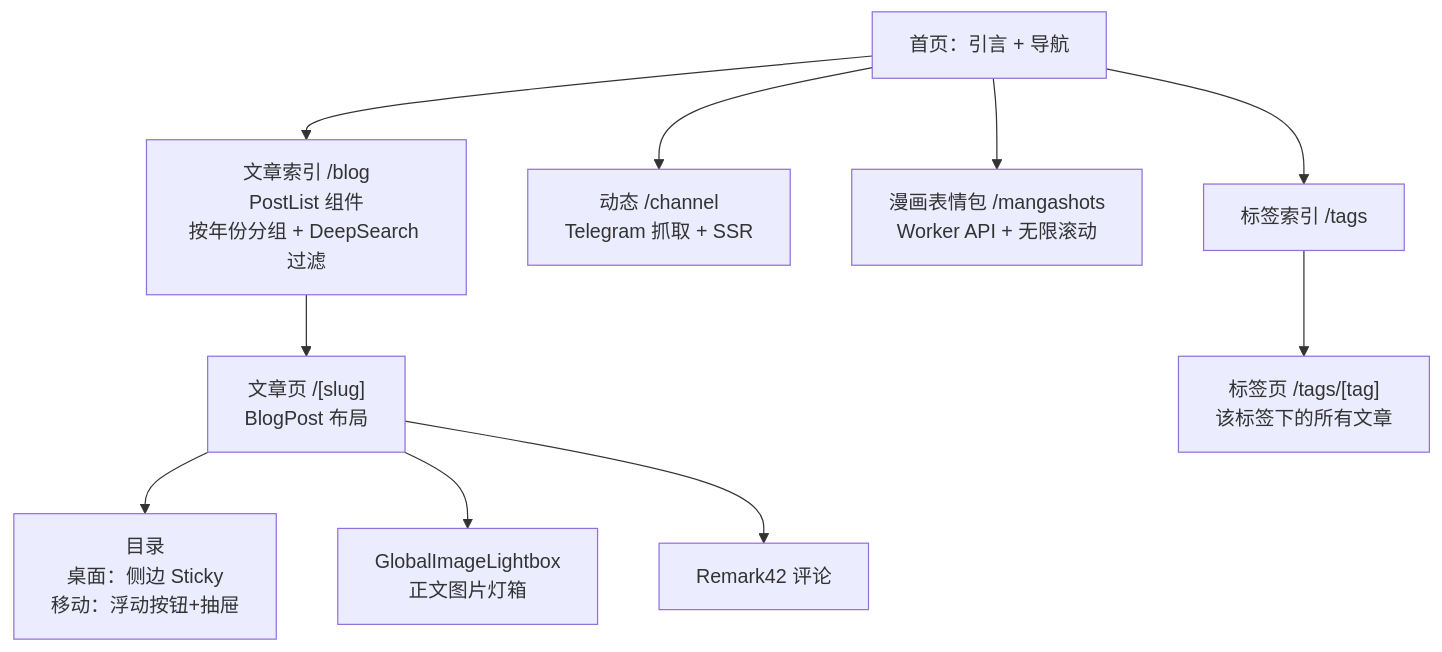
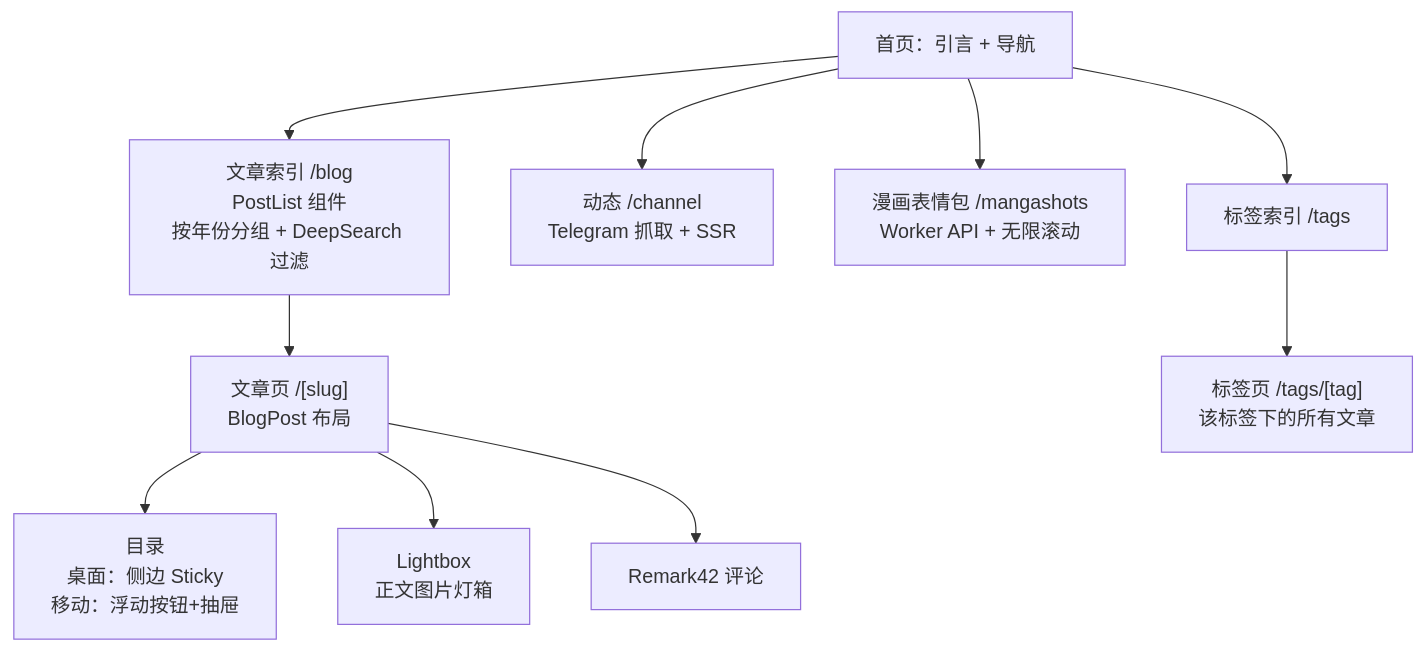
One commit to niracler/bokushi changed the diagram in src/content/blog/design-primitives.md. Above: the diagram before and after it, drawn with Mermaid. The commit also changed other lines of this file and 7 other files, not shown here.

````diff
--- a/src/content/blog/design-primitives.md
+++ b/src/content/blog/design-primitives.md
@@ -223,13 +222,13 @@
 ```mermaid
 flowchart TD
     Home["首页：引言 + 导航"] --> BlogList["文章索引 /blog<br/>PostList 组件<br/>按年份分组 + DeepSearch 过滤"]
     BlogList --> Post["文章页 /[slug]<br/>BlogPost 布局"]
     Post --> TOC["目录<br/>桌面：侧边 Sticky<br/>移动：浮动按钮+抽屉"]
-    Post --> Lightbox["GlobalImageLightbox<br/>正文图片灯箱"]
+    Post --> Lightbox["Lightbox<br/>正文图片灯箱"]
     Post --> Comments["Remark42 评论"]
 
     Home --> Channel["动态 /channel<br/>Telegram 抓取 + SSR"]
     Home --> Manga["漫画表情包 /mangashots<br/>Worker API + 无限滚动"]
     Home --> Tags["标签索引 /tags"]
     Tags --> TagPage["标签页 /tags/[tag]<br/>该标签下的所有文章"]
 ```
````
